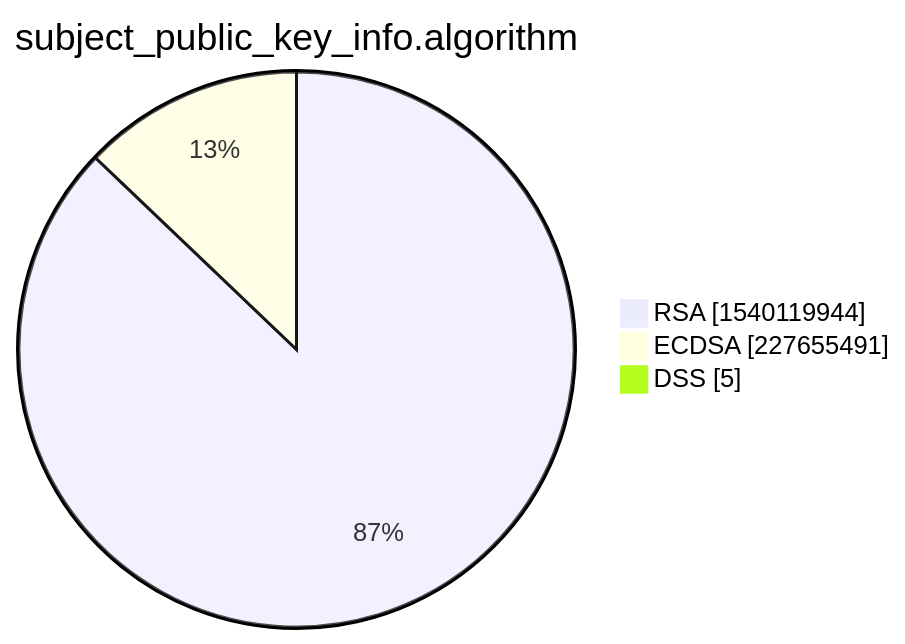
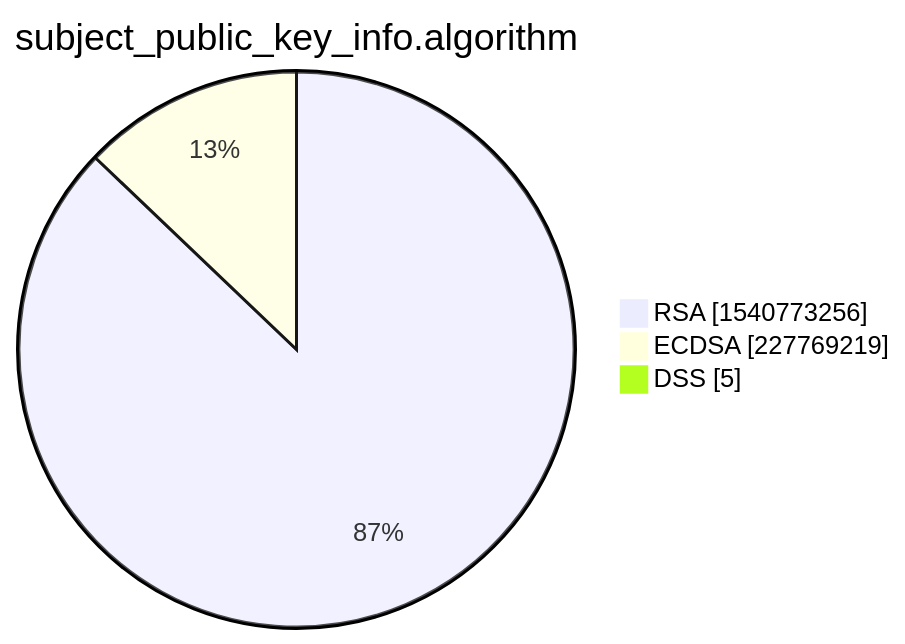
One commit to christiankrug/ctmonitor_visualization changed the third of 15 diagrams in xenon2022/README.md. Above: the diagram before and after it, drawn with Mermaid. The commit also changed other lines of this file, not shown here.

````diff
--- a/xenon2022/README.md
+++ b/xenon2022/README.md
@@ -14,7 +14,7 @@
 ```mermaid
 pie showData
 title subject_public_key_info.algorithm
-"RSA" :1540119944
-"ECDSA" :227655491
+"RSA" :1540773256
+"ECDSA" :227769219
 "DSS" :5
 ```
````
